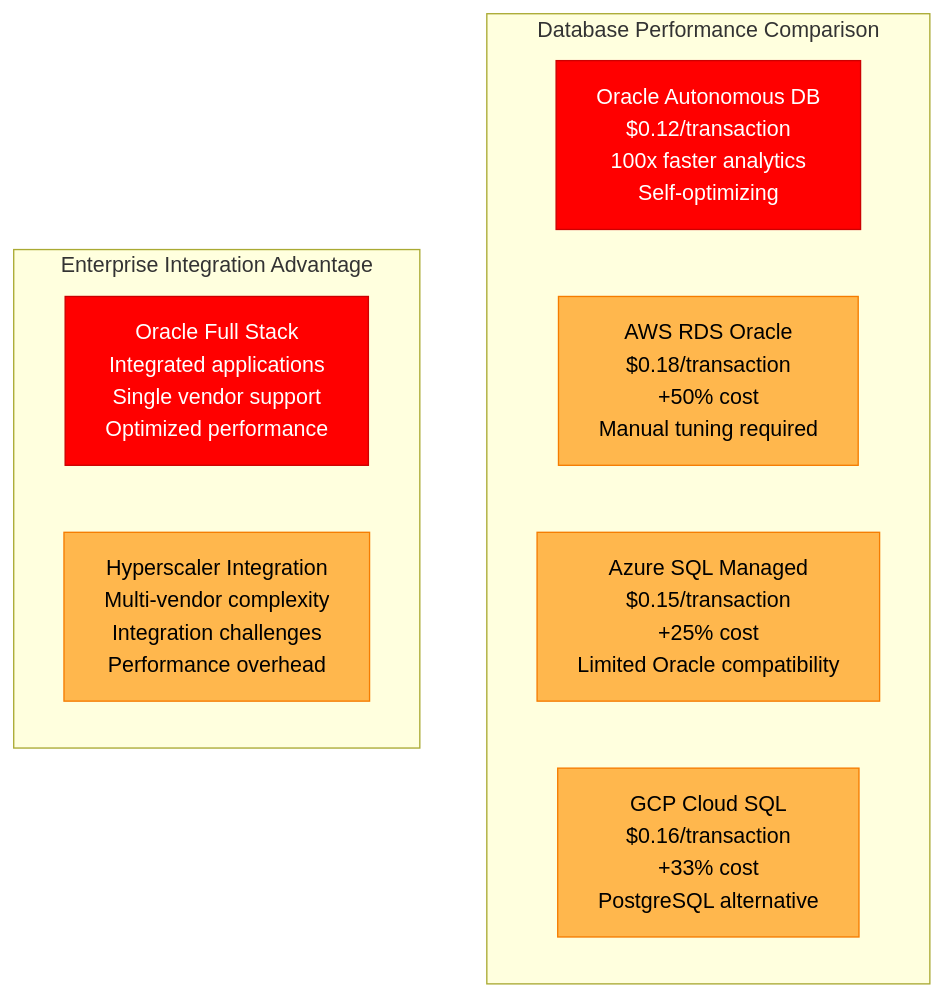
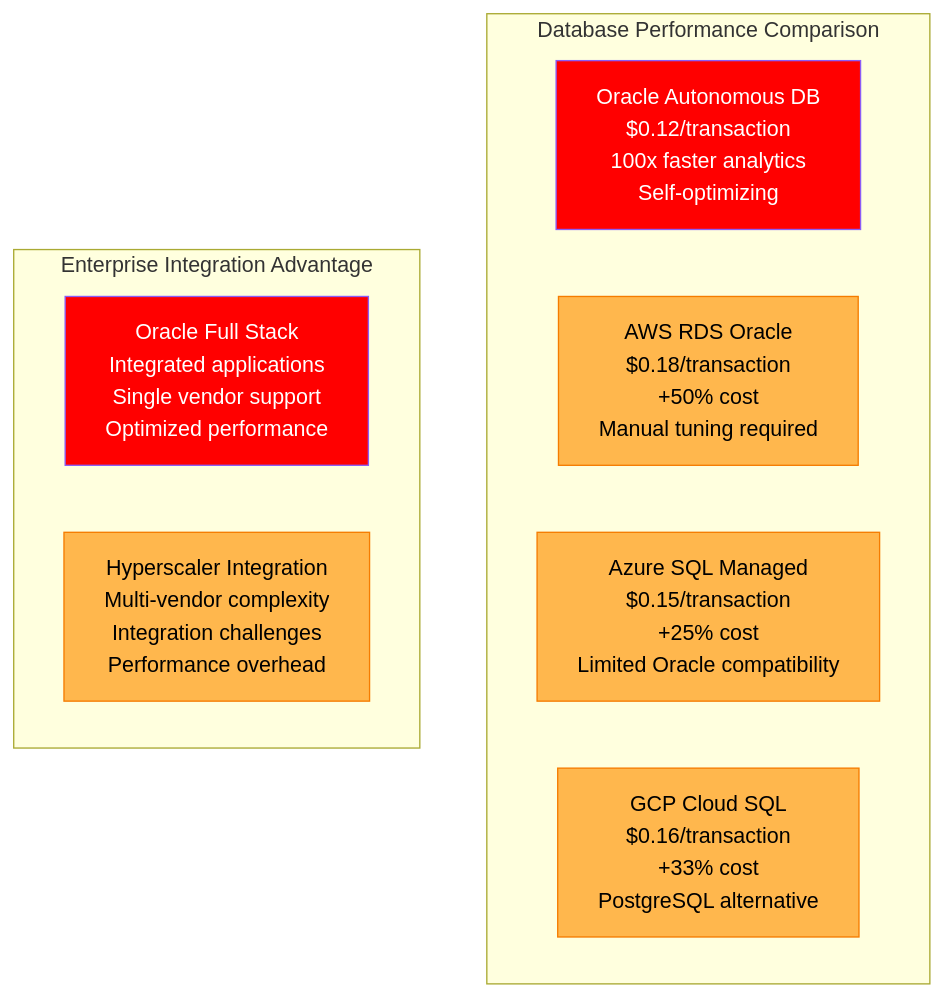
Before and after one commit to deepaucksharma/DS: the ninth of 10 diagrams in site/docs/costs/oracle-cloud-infrastructure-breakdown.md, drawn with Mermaid. The commit also changed other lines of this file and 187 other files, not shown here.

````diff
--- a/site/docs/costs/oracle-cloud-infrastructure-breakdown.md
+++ b/site/docs/costs/oracle-cloud-infrastructure-breakdown.md
@@ -286,20 +286,20 @@
 ```mermaid
 graph TB
     subgraph Database_Performance_Comparison[Database Performance Comparison]
         ORACLE_PERF[Oracle Autonomous DB<br/>$0.12/transaction<br/>100x faster analytics<br/>Self-optimizing]
         AWS_RDS[AWS RDS Oracle<br/>$0.18/transaction<br/>+50% cost<br/>Manual tuning required]
         AZURE_SQL[Azure SQL Managed<br/>$0.15/transaction<br/>+25% cost<br/>Limited Oracle compatibility]
         GCP_CLOUD_SQL[GCP Cloud SQL<br/>$0.16/transaction<br/>+33% cost<br/>PostgreSQL alternative]
     end
 
     subgraph Enterprise_Integration[Enterprise Integration Advantage]
         ORACLE_STACK[Oracle Full Stack<br/>Integrated applications<br/>Single vendor support<br/>Optimized performance]
         HYPERSCALER_INTEGRATION[Hyperscaler Integration<br/>Multi-vendor complexity<br/>Integration challenges<br/>Performance overhead]
     end
 
-    classDef oracleStyle fill:#FF0000,stroke:#CC0000,color:#fff
+    classDef oracleStyle fill:#FF0000,stroke:#8B5CF6,color:#fff
     classDef competitorStyle fill:#FFB74D,stroke:#F57C00,color:#000
 
     class ORACLE_PERF,ORACLE_STACK oracleStyle
     class AWS_RDS,AZURE_SQL,GCP_CLOUD_SQL,HYPERSCALER_INTEGRATION competitorStyle
 ```
````
